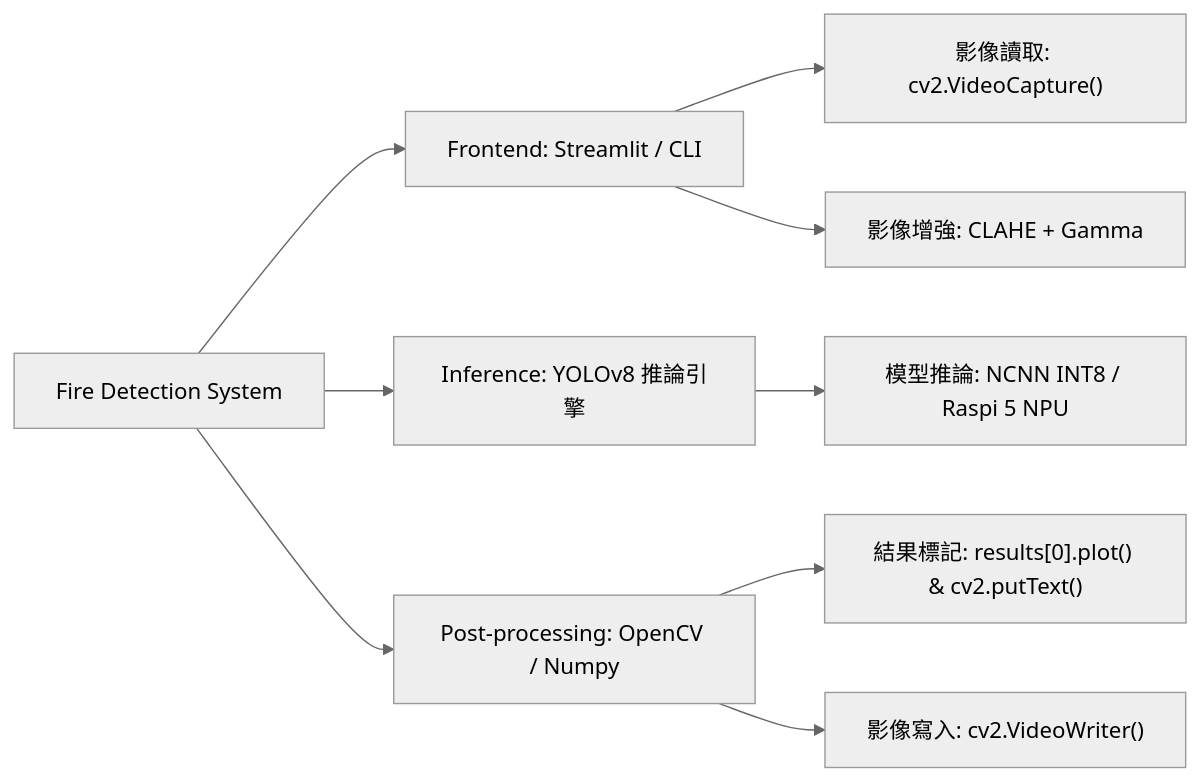
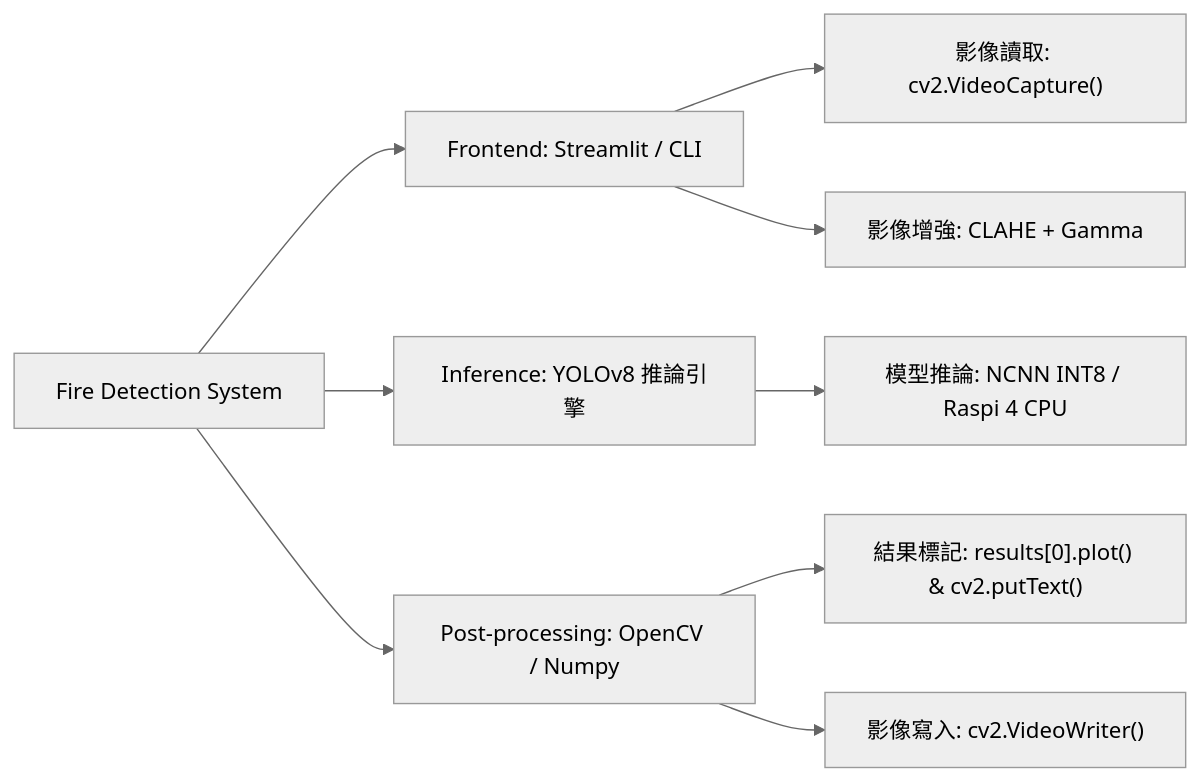
The first of 3 diagrams in README.md (hank921109/114-2-Fire_Smoke_Detection), drawn with Mermaid (neutral theme) before and after one commit.

````diff
--- a/README.md
+++ b/README.md
@@ -51,15 +51,15 @@
 ```mermaid
 graph LR
     System[Fire Detection System]
 
     System --> UI[Frontend: Streamlit / CLI]
     UI --> Reader["影像讀取: cv2.VideoCapture()"]
     UI --> Enhancement["影像增強: CLAHE + Gamma"]
 
     System --> Core[Inference: YOLOv8 推論引擎]
-    Core --> Predict["模型推論: NCNN INT8 / Raspi 5 NPU"]
+    Core --> Predict["模型推論: NCNN INT8 / Raspi 4 CPU"]
 
     System --> Post[Post-processing: OpenCV / Numpy]
     Post --> Overlay["結果標記: results[0].plot() & cv2.putText()"]
     Post --> Writer["影像寫入: cv2.VideoWriter()"]
 ```
````
